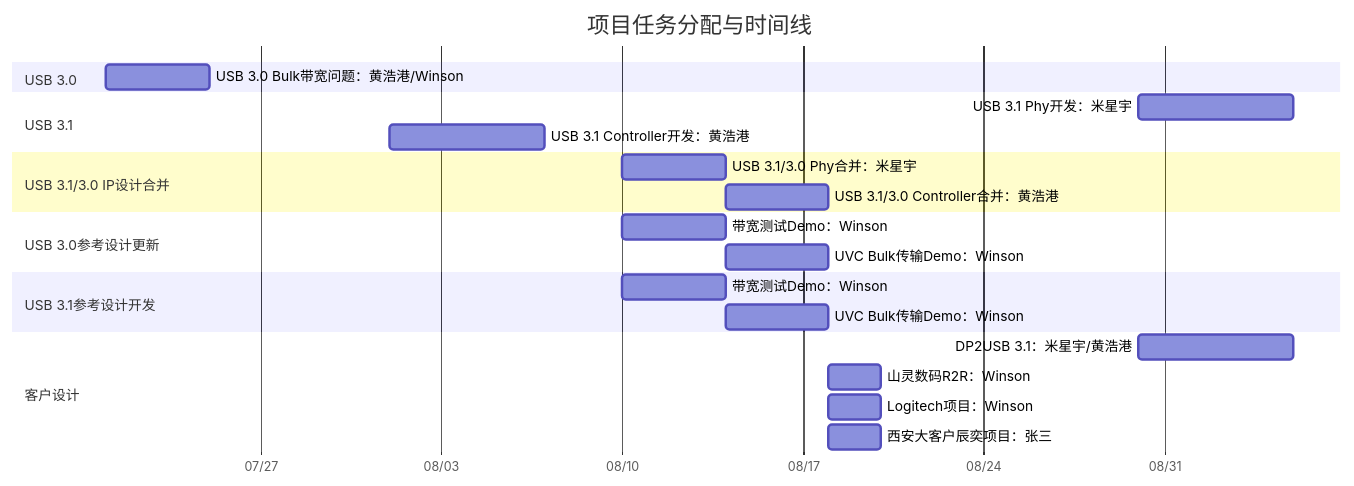
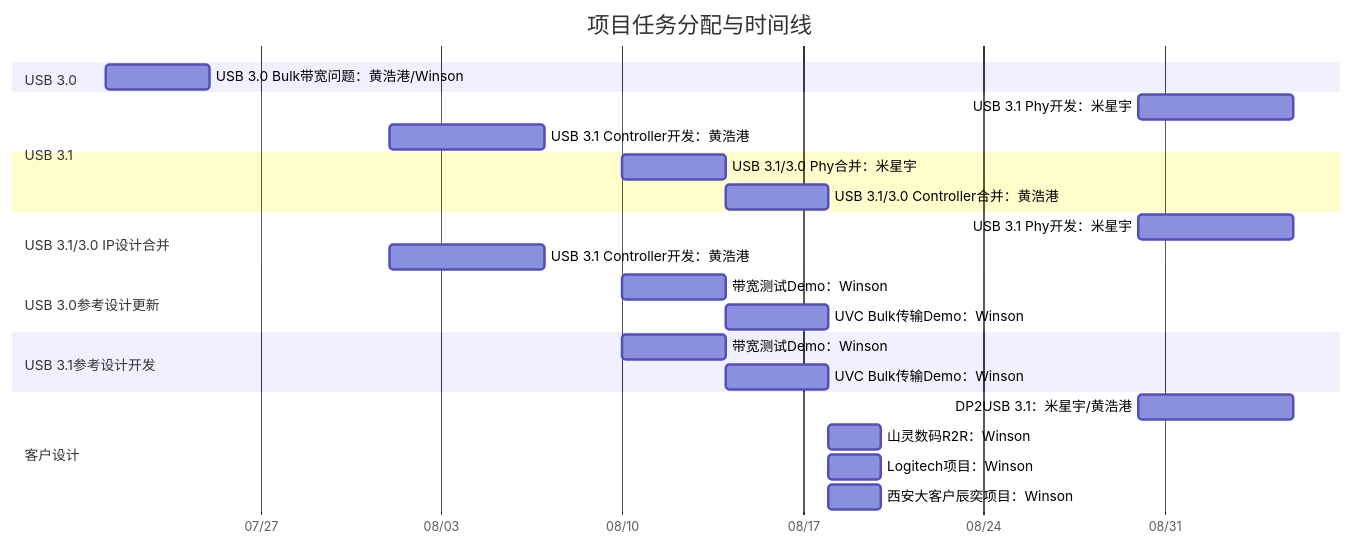
One commit to winsonbook/iodraw-files changed the diagram in all/未命名.md. Above: the diagram before and after it, drawn with Mermaid.

Commit message:
2025-07-21 10:07:46 update

````diff
--- a/all/未命名.md
+++ b/all/未命名.md
@@ -1,31 +1,35 @@
 ```mermaid
 gantt
     title 项目任务分配与时间线
     dateFormat  YYYY-MM-DD
     axisFormat  %m/%d
 
     section USB 3.0
     USB 3.0 Bulk带宽问题：黄浩港/Winson   :    task1, 2025-07-21, 4d
 
     section USB 3.1
     USB 3.1 Phy开发：米星宇      :         task2, 2025-08-30, 6d
     USB 3.1 Controller开发：黄浩港      :  task3, 2025-08-01, 6d
 
     section USB 3.1/3.0 IP设计合并
     USB 3.1/3.0 Phy合并：米星宇       :    task4, 2025-08-10, 4d
     USB 3.1/3.0 Controller合并：黄浩港:    task5, 2025-08-14, 4d
 
+        section USB 3.1
+    USB 3.1 Phy开发：米星宇      :         task2, 2025-08-30, 6d
+    USB 3.1 Controller开发：黄浩港      :  task3, 2025-08-01, 6d
+
     section USB 3.0参考设计更新
     带宽测试Demo：Winson       :         task6, 2025-08-10, 4d
     UVC Bulk传输Demo：Winson   :        task7, 2025-08-14, 4d
 
     section USB 3.1参考设计开发
     带宽测试Demo：Winson       :         task8, 2025-08-10, 4d
     UVC Bulk传输Demo：Winson   :         task9, 2025-08-14, 4d
 
     section 客户设计
     DP2USB 3.1：米星宇/黄浩港      :task10, 2025-08-30, 6d
     山灵数码R2R：Winson :             task11, 2025-08-18, 2d
     Logitech项目：Winson :            task12, 2025-08-18, 2d
-    西安大客户辰奕项目：张三 :       task13, 2025-08-18, 2d
+    西安大客户辰奕项目：Winson :       task13, 2025-08-18, 2d
 ```
````
